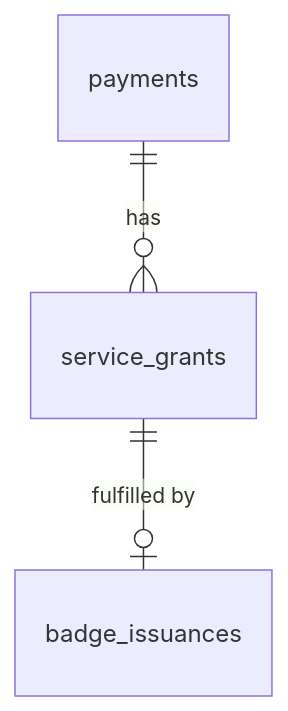
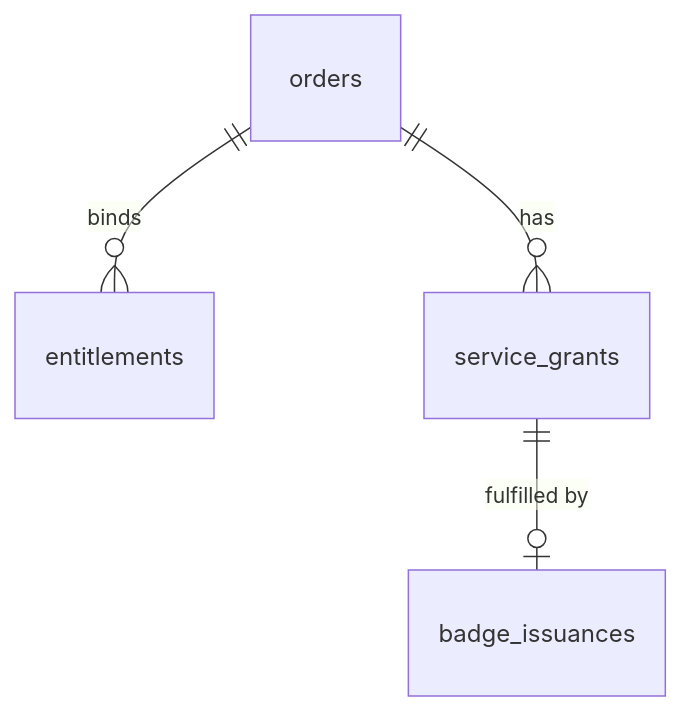
One commit to simplex-chat/simplex-chat changed diagram 11 of 11 in plans/2026-07-20-supporter-badges-v2-implementation.md. Above: the diagram before and after it, drawn with Mermaid. The commit also changed other lines of this file and 3 other files, not shown here.

````diff
--- a/plans/2026-07-20-supporter-badges-v2-implementation.md
+++ b/plans/2026-07-20-supporter-badges-v2-implementation.md
@@ -708,5 +743,6 @@
 ```mermaid
 erDiagram
-  payments ||--o{ service_grants : has
+  orders ||--o{ entitlements : binds
+  orders ||--o{ service_grants : has
   service_grants ||--o| badge_issuances : "fulfilled by"
 ```
````
